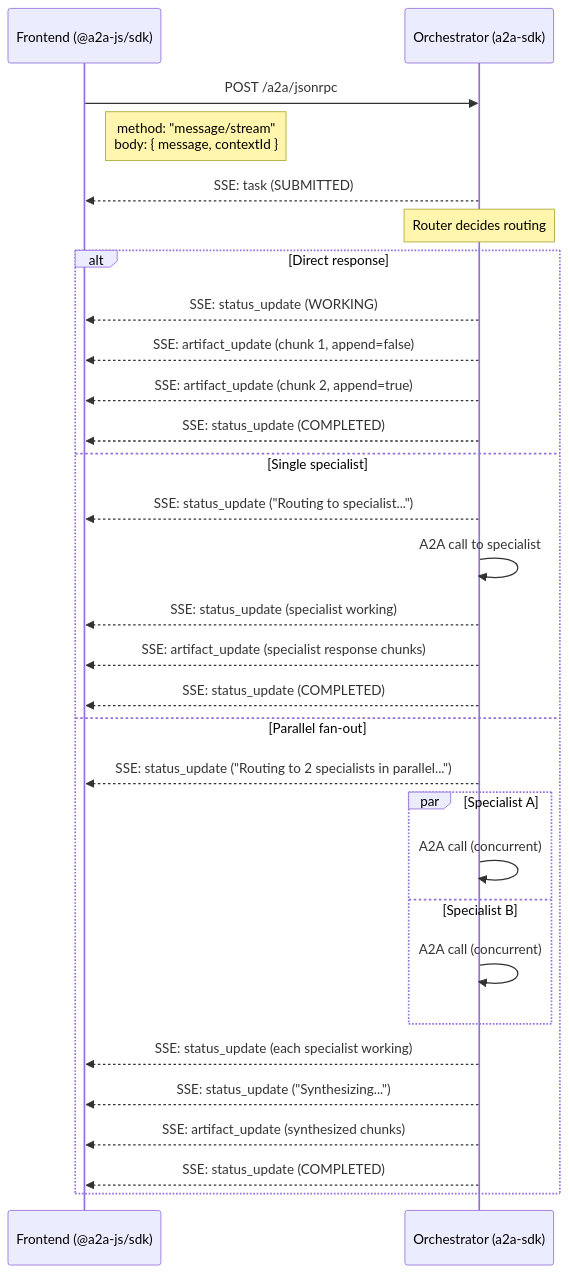
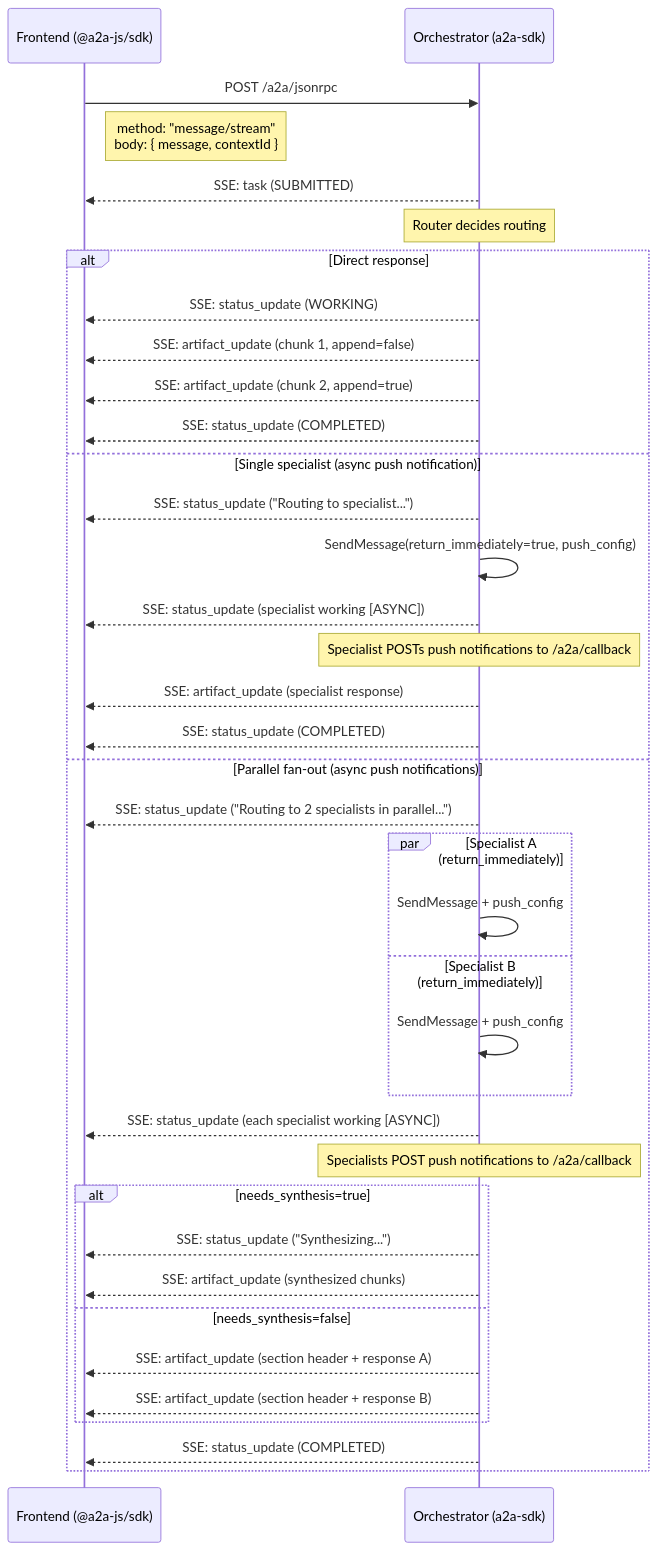
One commit to chandra447/nimbus-chat changed the third of 4 diagrams in docs/a2a-protocol.md. Above: the diagram before and after it, drawn with Mermaid. The commit also changed other lines of this file and 4 other files, not shown here.

First line of the commit message:
Update docs for async push-notification pattern

````diff
--- a/docs/a2a-protocol.md
+++ b/docs/a2a-protocol.md
@@ -115,35 +115,42 @@
 ```mermaid
 sequenceDiagram
     participant F as Frontend (@a2a-js/sdk)
     participant O as Orchestrator (a2a-sdk)
 
     F->>O: POST /a2a/jsonrpc
     Note right of F: method: "message/stream"<br/>body: { message, contextId }
 
     O-->>F: SSE: task (SUBMITTED)
     Note over O: Router decides routing
 
     alt Direct response
         O-->>F: SSE: status_update (WORKING)
         O-->>F: SSE: artifact_update (chunk 1, append=false)
         O-->>F: SSE: artifact_update (chunk 2, append=true)
         O-->>F: SSE: status_update (COMPLETED)
-    else Single specialist
+    else Single specialist (async push notification)
         O-->>F: SSE: status_update ("Routing to specialist...")
-        O->>O: A2A call to specialist
-        O-->>F: SSE: status_update (specialist working)
-        O-->>F: SSE: artifact_update (specialist response chunks)
+        O->>O: SendMessage(return_immediately=true, push_config)
+        O-->>F: SSE: status_update (specialist working [ASYNC])
+        Note over O: Specialist POSTs push notifications to /a2a/callback
+        O-->>F: SSE: artifact_update (specialist response)
         O-->>F: SSE: status_update (COMPLETED)
-    else Parallel fan-out
+    else Parallel fan-out (async push notifications)
         O-->>F: SSE: status_update ("Routing to 2 specialists in parallel...")
-        par Specialist A
-            O->>O: A2A call (concurrent)
-        and Specialist B
-            O->>O: A2A call (concurrent)
+        par Specialist A (return_immediately)
+            O->>O: SendMessage + push_config
+        and Specialist B (return_immediately)
+            O->>O: SendMessage + push_config
         end
-        O-->>F: SSE: status_update (each specialist working)
-        O-->>F: SSE: status_update ("Synthesizing...")
-        O-->>F: SSE: artifact_update (synthesized chunks)
+        O-->>F: SSE: status_update (each specialist working [ASYNC])
+        Note over O: Specialists POST push notifications to /a2a/callback
+        alt needs_synthesis=true
+            O-->>F: SSE: status_update ("Synthesizing...")
+            O-->>F: SSE: artifact_update (synthesized chunks)
+        else needs_synthesis=false
+            O-->>F: SSE: artifact_update (section header + response A)
+            O-->>F: SSE: artifact_update (section header + response B)
+        end
         O-->>F: SSE: status_update (COMPLETED)
     end
 ```
````
